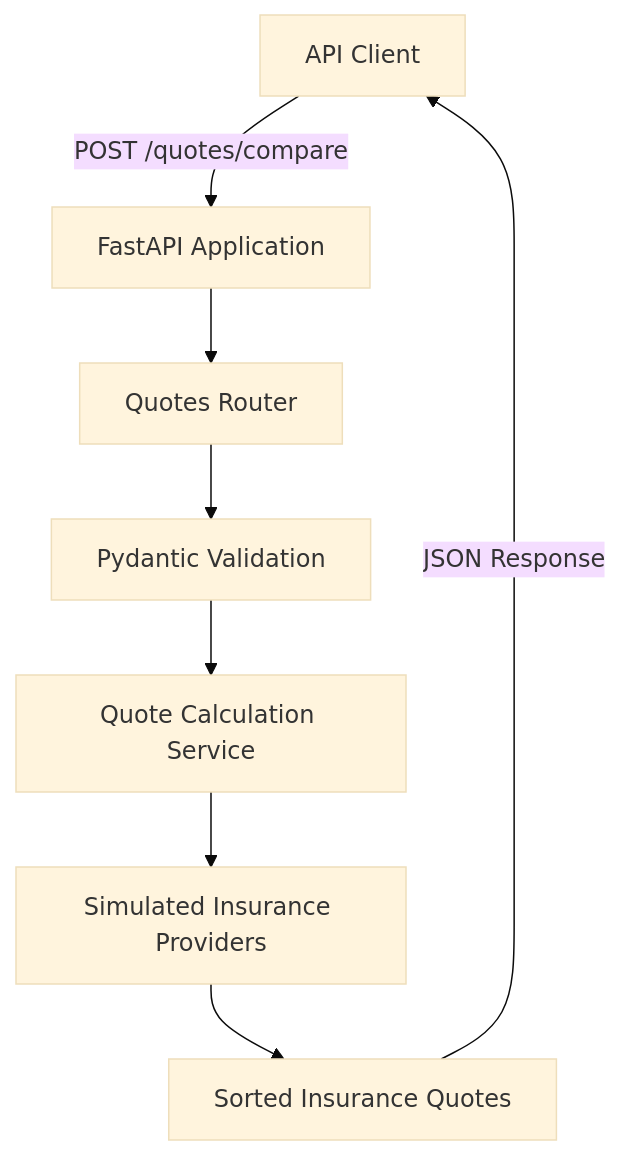
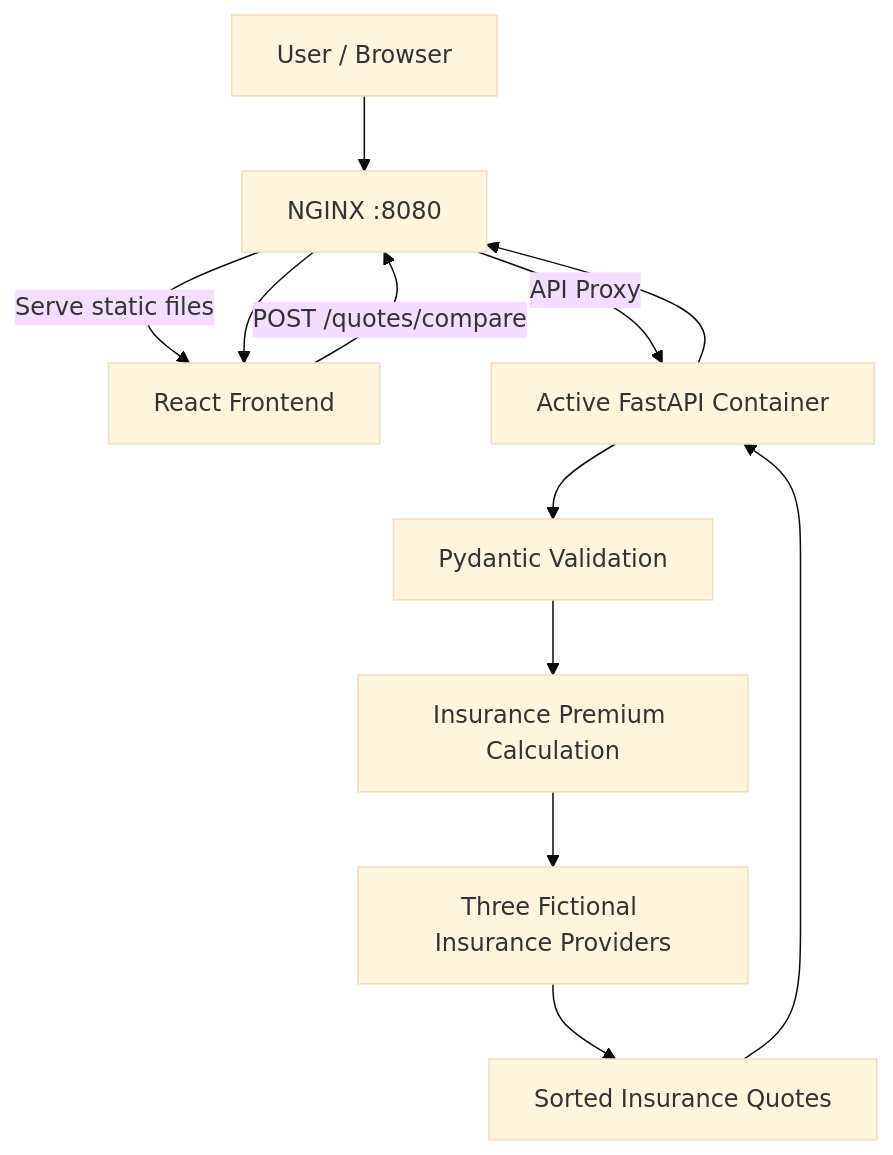
One commit to imtiaz04/autoquote-platform changed the first of 4 diagrams in README.md. Above: the diagram before and after it, drawn with Mermaid (base theme). The commit also changed other lines of this file and 1 other file, not shown here.

Commit message:
Update full-stack README and local API proxy configuration

````diff
--- a/README.md
+++ b/README.md
@@ -95,18 +104,24 @@
 ```mermaid
 flowchart TD
-    A[API Client]
-    B[FastAPI Application]
-    C[Quotes Router]
-    D[Pydantic Validation]
-    E[Quote Calculation Service]
-    F[Simulated Insurance Providers]
-    G[Sorted Insurance Quotes]
+    A["User / Browser"] --> B["NGINX :8080"]
 
-    A -->|"POST /quotes/compare"| B
+    B -->|"Serve static files"| C["React Frontend"]
+
+    C -->|"POST /quotes/compare"| B
+
+    B -->|"API Proxy"| D["Active FastAPI Container"]
+
+    D --> E["Pydantic Validation"]
+
+    E --> F["Insurance Premium Calculation"]
+
+    F --> G["Three Fictional Insurance Providers"]
+
+    G --> H["Sorted Insurance Quotes"]
+
+    H --> D
+
+    D --> B
+
     B --> C
-    C --> D
-    D --> E
-    E --> F
-    F --> G
-    G -->|JSON Response| A
 ```
````
